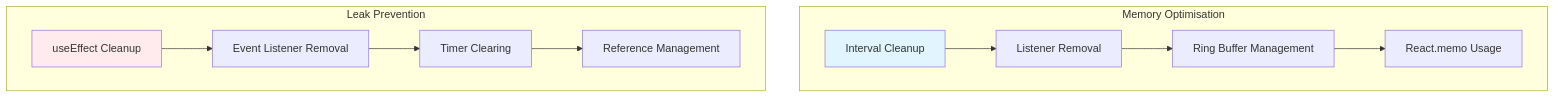
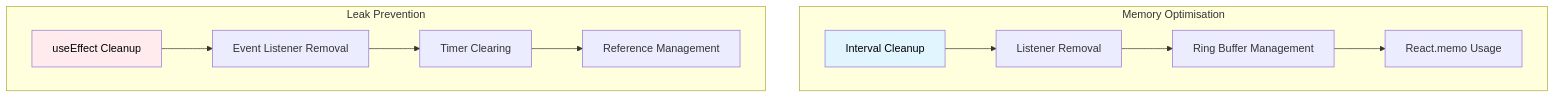
One commit to Interlaken0/temperature-plotter changed the fifth of 9 diagrams in docs/CONTRIBUTING.md. Above: the diagram before and after it, drawn with Mermaid. The commit also changed other lines of this file and 8 other files, not shown here.

First line of the commit message:
Standardise Mermaid diagram text colour to black across all documentation

````diff
--- a/docs/CONTRIBUTING.md
+++ b/docs/CONTRIBUTING.md
@@ -492,17 +492,17 @@
 ```mermaid
 graph TB
     subgraph "Memory Optimisation"
         A[Interval Cleanup] --> B[Listener Removal]
         B --> C[Ring Buffer Management]
         C --> D[React.memo Usage]
     end
     
     subgraph "Leak Prevention"
         E[useEffect Cleanup] --> F[Event Listener Removal]
         F --> G[Timer Clearing]
         G --> H[Reference Management]
     end
     
-    style A fill:#e1f5fe
-    style E fill:#ffebee
+    style A fill:#e1f5fe,color:#000000
+    style E fill:#ffebee,color:#000000
 ```
````
